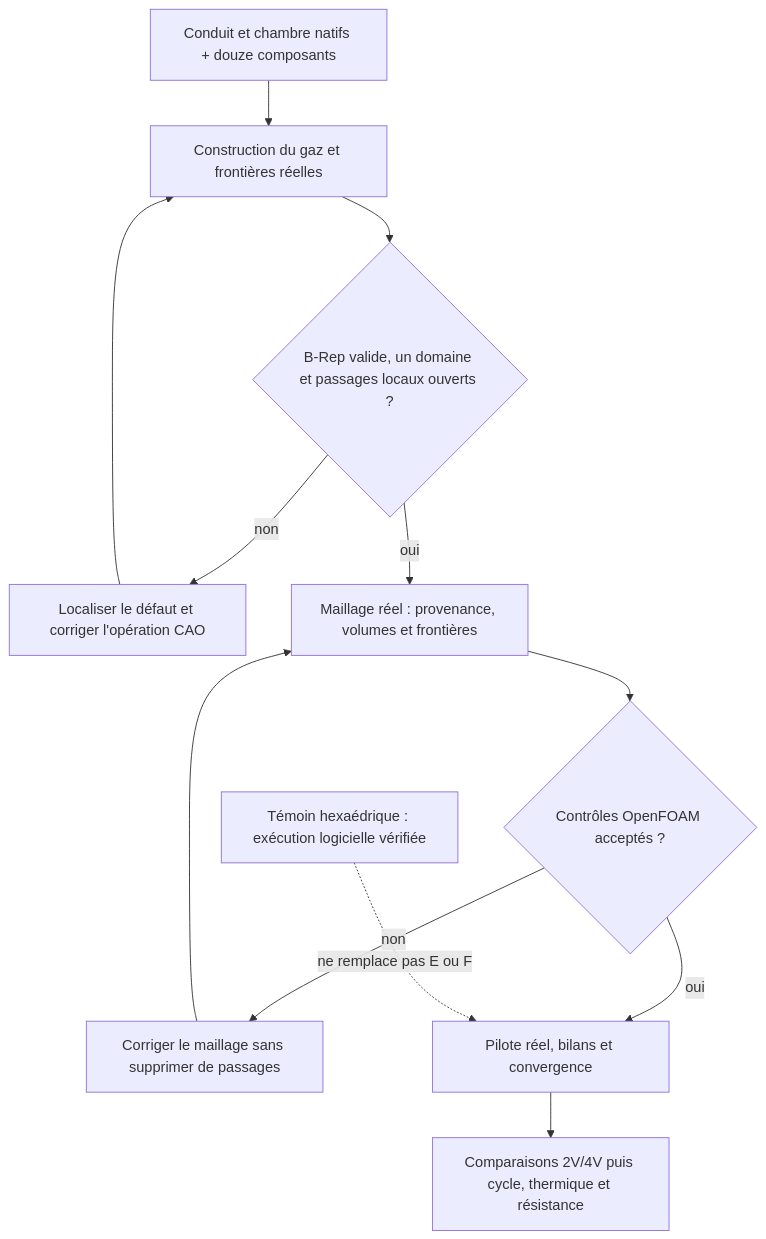
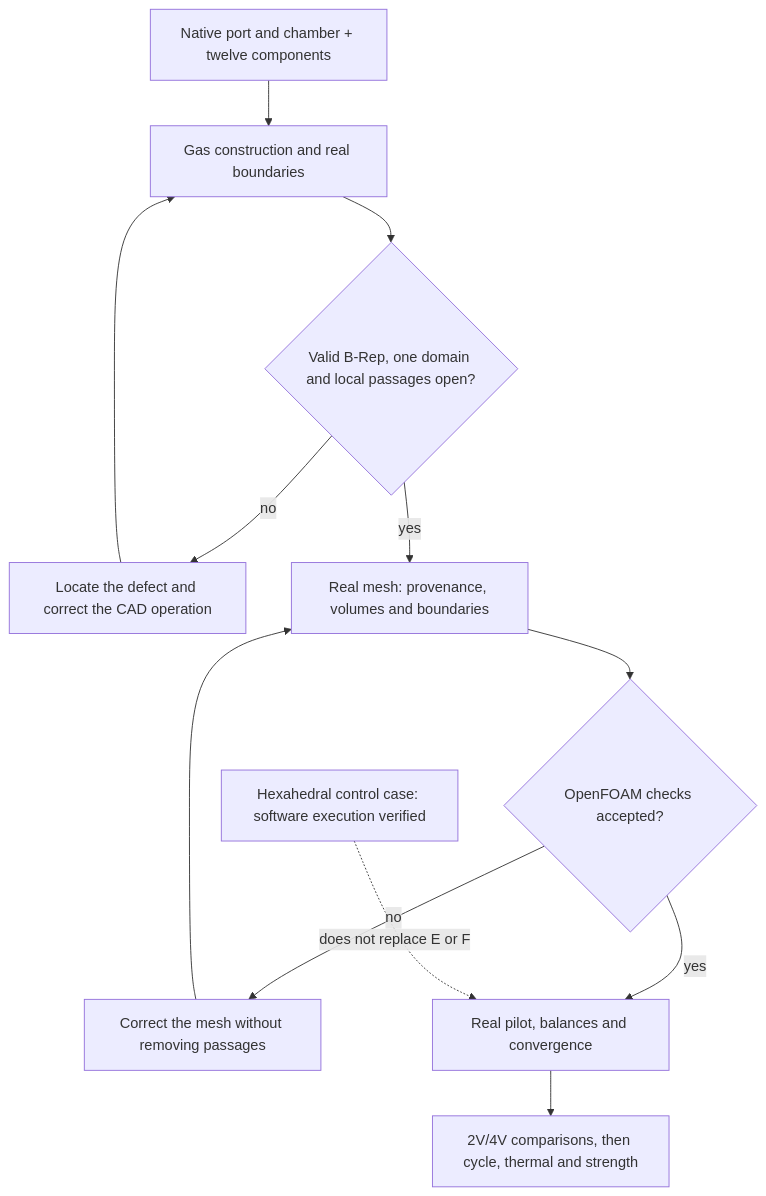
The diagram in docs/reports/M64_DOMAINE_GAZ_OPENFOAM_20260908.md (cluster2600/porscheparts), drawn with Mermaid before and after one commit. The commit also changed other lines of this file and 228 other files, not shown here.

````diff
--- a/docs/reports/M64_DOMAINE_GAZ_OPENFOAM_20260908.md
+++ b/docs/reports/M64_DOMAINE_GAZ_OPENFOAM_20260908.md
@@ -103,14 +100,14 @@
 ```mermaid
 flowchart TD
-    A["Conduit et chambre natifs + douze composants"] --> B["Construction du gaz et frontières réelles"]
-    B --> C{"B-Rep valide, un domaine et passages locaux ouverts ?"}
-    C -- non --> D["Localiser le défaut et corriger l'opération CAO"]
+    A["Native port and chamber + twelve components"] --> B["Gas construction and real boundaries"]
+    B --> C{"Valid B-Rep, one domain and local passages open?"}
+    C -- no --> D["Locate the defect and correct the CAD operation"]
     D --> B
-    C -- oui --> E["Maillage réel : provenance, volumes et frontières"]
-    E --> F{"Contrôles OpenFOAM acceptés ?"}
-    F -- non --> G["Corriger le maillage sans supprimer de passages"]
+    C -- yes --> E["Real mesh: provenance, volumes and boundaries"]
+    E --> F{"OpenFOAM checks accepted?"}
+    F -- no --> G["Correct the mesh without removing passages"]
     G --> E
-    F -- oui --> H["Pilote réel, bilans et convergence"]
-    T["Témoin hexaédrique : exécution logicielle vérifiée"] -. "ne remplace pas E ou F" .-> H
-    H --> I["Comparaisons 2V/4V puis cycle, thermique et résistance"]
+    F -- yes --> H["Real pilot, balances and convergence"]
+    T["Hexahedral control case: software execution verified"] -. "does not replace E or F" .-> H
+    H --> I["2V/4V comparisons, then cycle, thermal and strength"]
 ```
````
